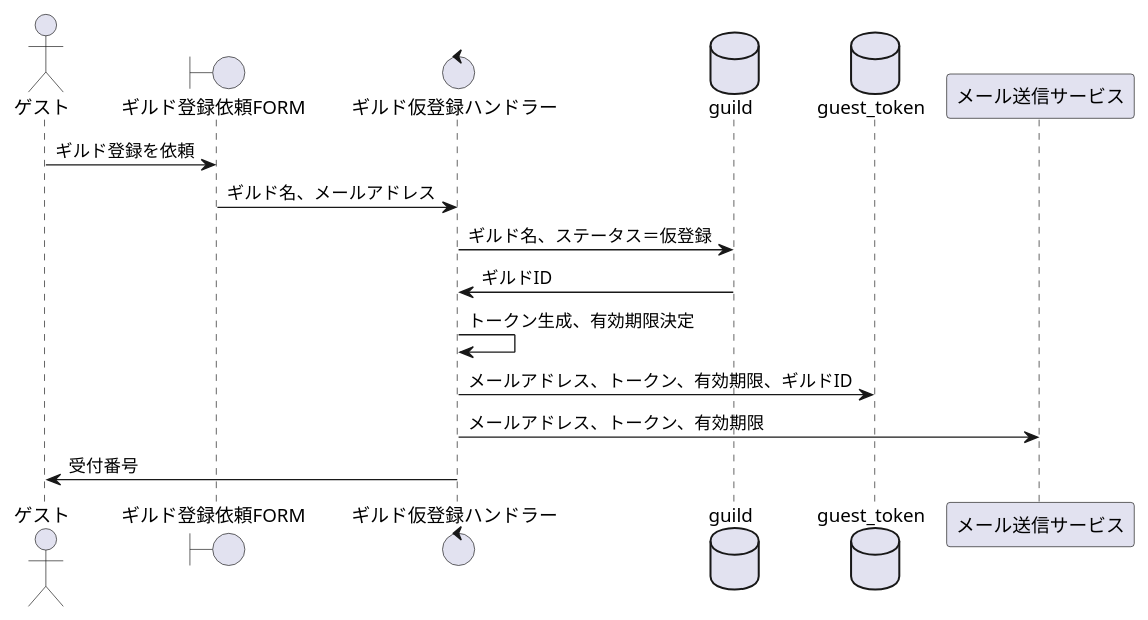
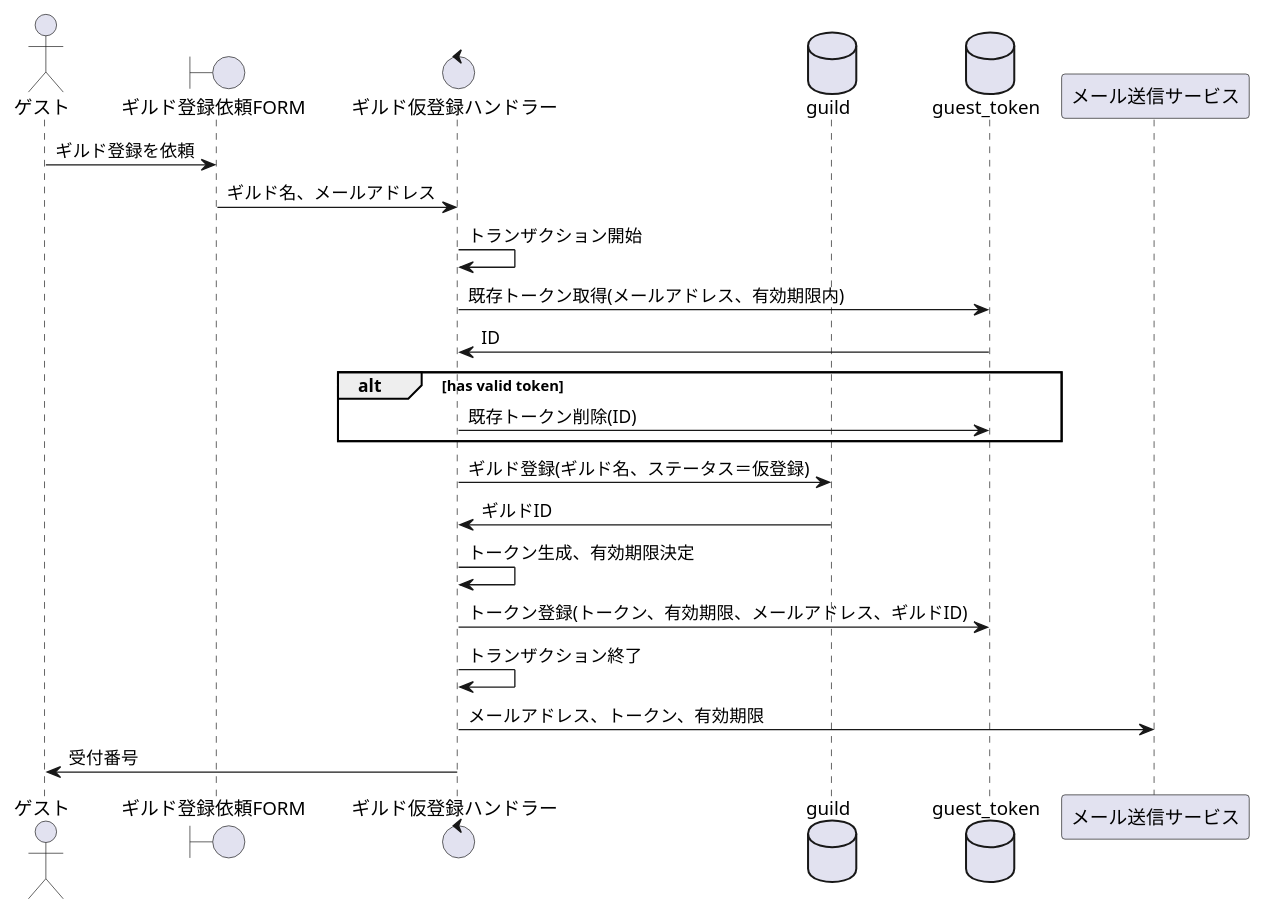
One commit to sky0621/familiagildo changed the diagram in design/sequence/ギルド登録を依頼する.puml. Above: the diagram before and after it, drawn with PlantUML. The commit also changed 3 other files, not shown here.

```diff
--- a/design/sequence/ギルド登録を依頼する.puml
+++ b/design/sequence/ギルド登録を依頼する.puml
@@ -1,19 +1,26 @@
 @startuml
 
 actor ゲスト as guest
 boundary ギルド登録依頼FORM as form
 control ギルド仮登録ハンドラー as handler
 database guild
 database guest_token
 participant メール送信サービス as mail
 
 guest -> form:ギルド登録を依頼
 form -> handler:ギルド名、メールアドレス
-handler -> guild:ギルド名、ステータス＝仮登録
+handler -> handler:トランザクション開始
+handler -> guest_token:既存トークン取得(メールアドレス、有効期限内)
+guest_token -> handler:ID
+alt has valid token
+handler -> guest_token:既存トークン削除(ID)
+end
+handler -> guild:ギルド登録(ギルド名、ステータス＝仮登録)
 guild -> handler:ギルドID
 handler -> handler:トークン生成、有効期限決定
-handler -> guest_token:メールアドレス、トークン、有効期限、ギルドID
+handler -> guest_token:トークン登録(トークン、有効期限、メールアドレス、ギルドID)
+handler -> handler:トランザクション終了
 handler -> mail:メールアドレス、トークン、有効期限
 handler -> guest:受付番号
 
 @enduml
```
